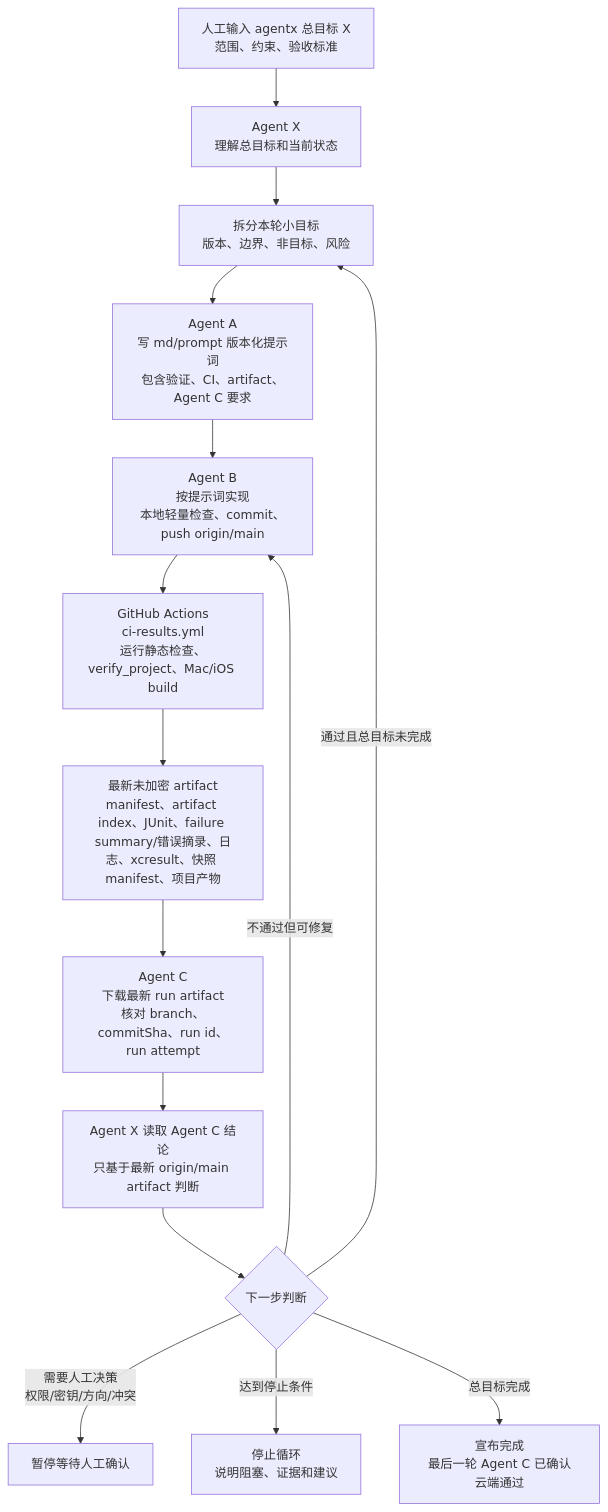
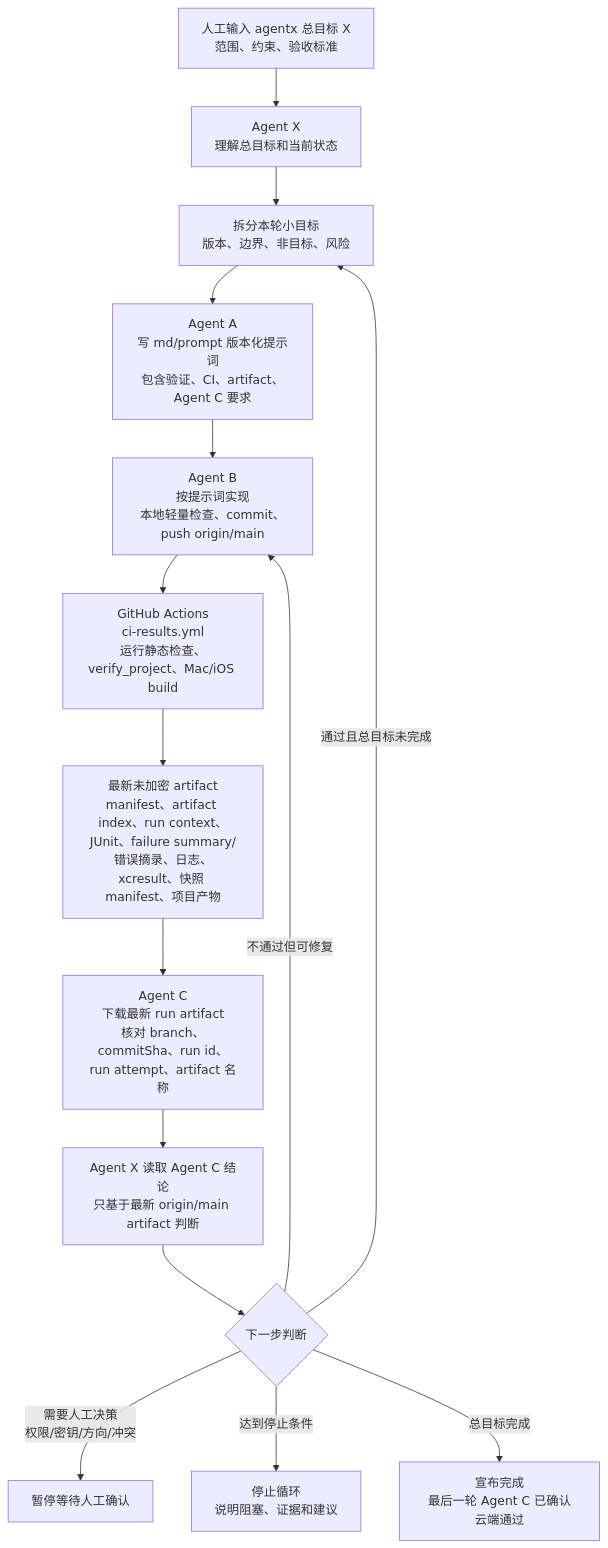
The sixth of 6 diagrams in md/flow/flowchart.md (Altman-sam114/114), drawn with Mermaid before and after one commit. The commit also changed other lines of this file and 7 other files, not shown here.

````diff
--- a/md/flow/flowchart.md
+++ b/md/flow/flowchart.md
@@ -131,17 +131,17 @@
 ```mermaid
 flowchart TD
   H["人工输入 agentx 总目标 X<br/>范围、约束、验收标准"] --> X0["Agent X<br/>理解总目标和当前状态"]
   X0 --> X1["拆分本轮小目标<br/>版本、边界、非目标、风险"]
   X1 --> A["Agent A<br/>写 md/prompt 版本化提示词<br/>包含验证、CI、artifact、Agent C 要求"]
   A --> B["Agent B<br/>按提示词实现<br/>本地轻量检查、commit、push origin/main"]
   B --> CI["GitHub Actions<br/>ci-results.yml<br/>运行静态检查、verify_project、Mac/iOS build"]
-  CI --> ART["最新未加密 artifact<br/>manifest、artifact index、JUnit、failure summary/错误摘录、日志、xcresult、快照 manifest、项目产物"]
-  ART --> C["Agent C<br/>下载最新 run artifact<br/>核对 branch、commitSha、run id、run attempt"]
+  CI --> ART["最新未加密 artifact<br/>manifest、artifact index、run context、JUnit、failure summary/错误摘录、日志、xcresult、快照 manifest、项目产物"]
+  ART --> C["Agent C<br/>下载最新 run artifact<br/>核对 branch、commitSha、run id、run attempt、artifact 名称"]
   C --> X2["Agent X 读取 Agent C 结论<br/>只基于最新 origin/main artifact 判断"]
   X2 --> D{"下一步判断"}
   D -->|通过且总目标未完成| X1
   D -->|不通过但可修复| B
   D -->|需要人工决策<br/>权限/密钥/方向/冲突| P["暂停等待人工确认"]
   D -->|达到停止条件| S["停止循环<br/>说明阻塞、证据和建议"]
   D -->|总目标完成| DONE["宣布完成<br/>最后一轮 Agent C 已确认云端通过"]
 ```
````
